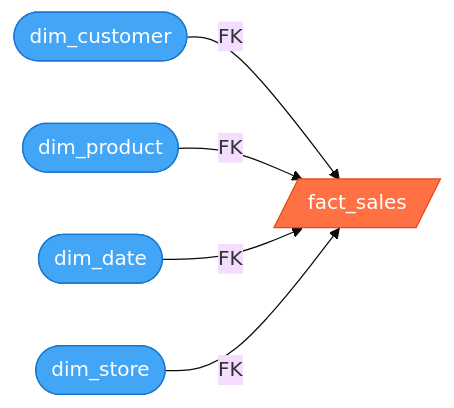
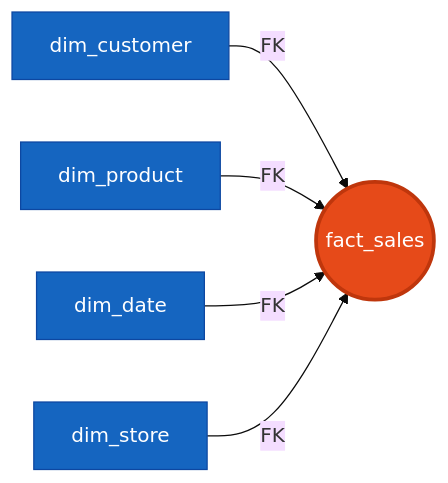
One commit to jainvineet27/Database_migrations_assistance changed the diagram in output/05_flow_diagram.md. Above: the diagram before and after it, drawn with Mermaid (base theme). The commit also changed 4 other files, not shown here.

````diff
--- a/output/05_flow_diagram.md
+++ b/output/05_flow_diagram.md
@@ -3,12 +3,12 @@
 ```mermaid
 graph LR
-    dim_customer([dim_customer]) -->|FK| fact_sales[/fact_sales/]
-    dim_product([dim_product]) -->|FK| fact_sales[/fact_sales/]
-    dim_date([dim_date]) -->|FK| fact_sales[/fact_sales/]
-    dim_store([dim_store]) -->|FK| fact_sales[/fact_sales/]
-    style fact_sales fill:#ff7043,color:#fff,stroke:#e64a19
-    style dim_customer fill:#42a5f5,color:#fff,stroke:#1976d2
-    style dim_product fill:#42a5f5,color:#fff,stroke:#1976d2
-    style dim_date fill:#42a5f5,color:#fff,stroke:#1976d2
-    style dim_store fill:#42a5f5,color:#fff,stroke:#1976d2
+    dim_customer["dim_customer"] -->|FK| fact_sales(("fact_sales"))
+    dim_product["dim_product"] -->|FK| fact_sales(("fact_sales"))
+    dim_date["dim_date"] -->|FK| fact_sales(("fact_sales"))
+    dim_store["dim_store"] -->|FK| fact_sales(("fact_sales"))
+    style fact_sales fill:#e64a19,color:#fff,stroke:#bf360c,stroke-width:3px
+    style dim_customer fill:#1565c0,color:#fff,stroke:#0d47a1,stroke-width:1px
+    style dim_product fill:#1565c0,color:#fff,stroke:#0d47a1,stroke-width:1px
+    style dim_date fill:#1565c0,color:#fff,stroke:#0d47a1,stroke-width:1px
+    style dim_store fill:#1565c0,color:#fff,stroke:#0d47a1,stroke-width:1px
 ```
````
